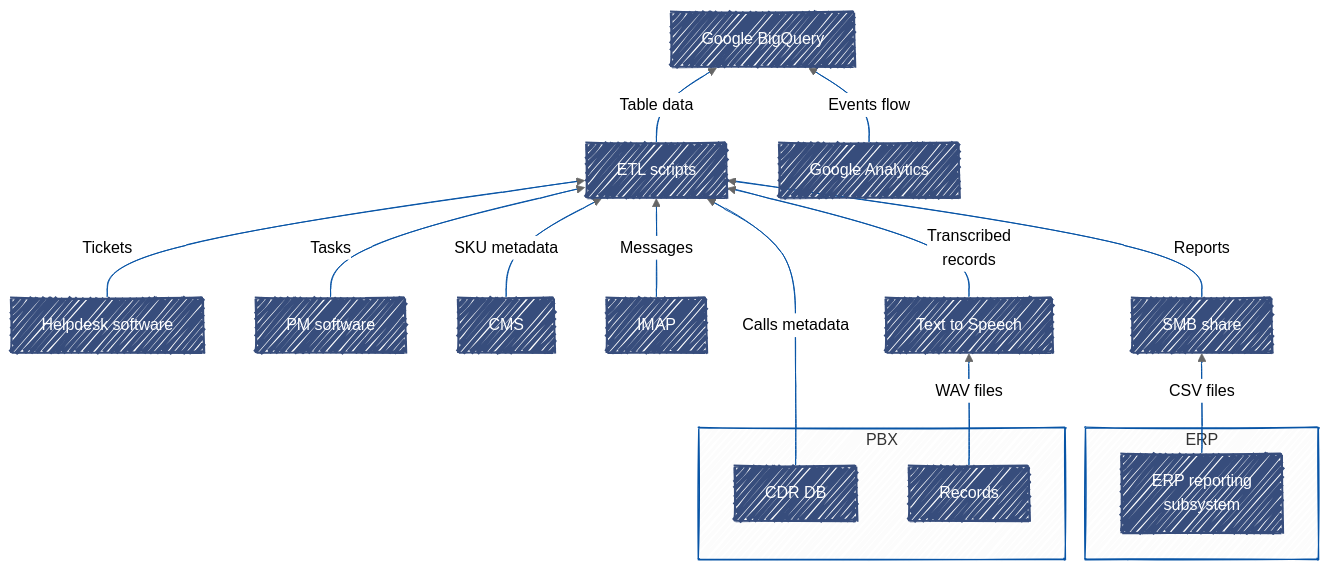
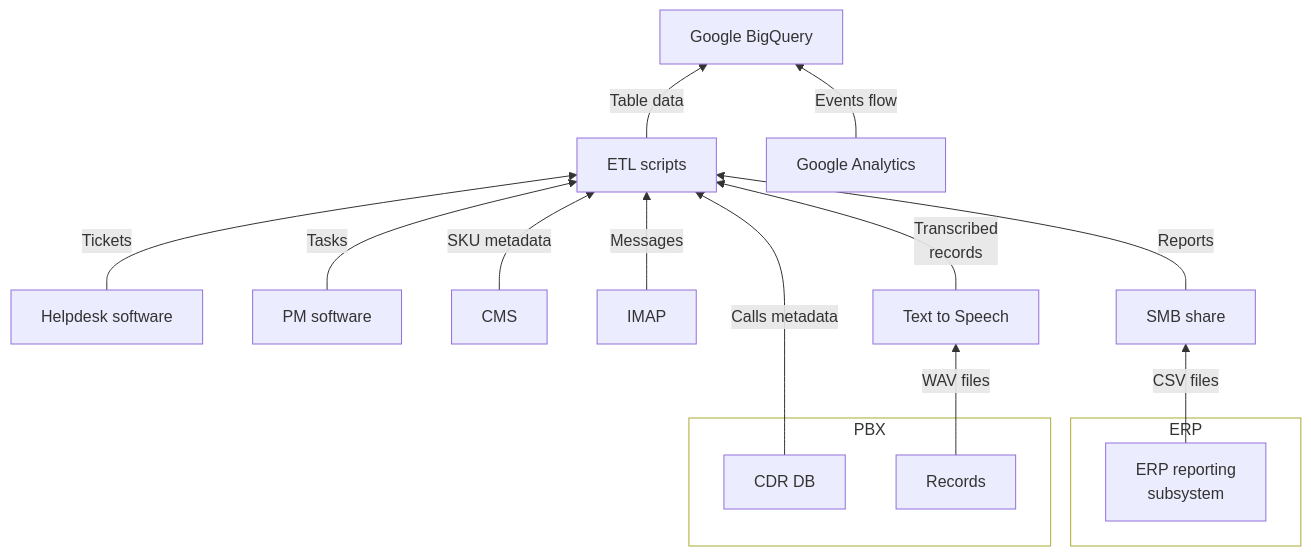
One commit to AxesAccess/Blog changed the diagram in posts/20250106-bi-flowchart/diagrams/etl.mmd. Above: the diagram before and after it, drawn with Mermaid. The commit also changed 9 other files, not shown here.

Commit message:
Change flowcharts style in 20250106 post

```diff
--- a/posts/20250106-bi-flowchart/diagrams/etl.mmd
+++ b/posts/20250106-bi-flowchart/diagrams/etl.mmd
@@ -1,50 +1,26 @@
 ---
 config:
-  look: handDrawn
-  theme: neutral
+  theme: default
+  look: classic
 ---
 flowchart BT
  subgraph s7["PBX"]
         n53["Records"]
         n12["CDR DB"]
   end
  subgraph s8["ERP"]
         n1["ERP reporting<br>subsystem"]
   end
     n1 -- CSV files --> n59["SMB share"]
     n6["Helpdesk software"] -- Tickets --> n11["ETL scripts"]
     n7["PM software"] -- Tasks --> n11
     n8["CMS"] -- SKU metadata --> n11
     n9["IMAP"] -- Messages --> n11
     n12 -- Calls metadata --> n11
     n53 -- WAV files --> n54["Text to Speech"]
     n11 -- Table data --> n57["Google BigQuery"]
     n54 -- Transcribed<br>records --> n11
     n58["Google Analytics"] -- Events flow --> n57
     n59 -- Reports --> n11
-     n53:::Blueprint
-     n12:::Blueprint
-     n1:::Blueprint
-     n59:::Blueprint
-     n6:::Blueprint
-     n11:::Blueprint
-     n7:::Blueprint
-     n8:::Blueprint
-     n9:::Blueprint
-     n54:::Blueprint
-     n57:::Blueprint
-     n58:::Blueprint
-    classDef Blueprint stroke-width:2px, stroke-dasharray:none, stroke:#374D7C, fill:0754a6, color:#ffffff
-    style s7 stroke:#0754a6
-    style s8 stroke:#0754a6
-    linkStyle 0 stroke:#0754a6,fill:none
-    linkStyle 1 stroke:#0754a6,fill:none
-    linkStyle 2 stroke:#0754a6,fill:none
-    linkStyle 3 stroke:#0754a6,fill:none
-    linkStyle 4 stroke:#0754a6,fill:none
-    linkStyle 5 stroke:#0754a6,fill:none
-    linkStyle 6 stroke:#0754a6,fill:none
-    linkStyle 7 stroke:#0754a6,fill:none
-    linkStyle 8 stroke:#0754a6,fill:none
-    linkStyle 9 stroke:#0754a6,fill:none
-    linkStyle 10 stroke:#0754a6,fill:none
+    style s7 fill:transparent
+    style s8 fill:transparent
```
